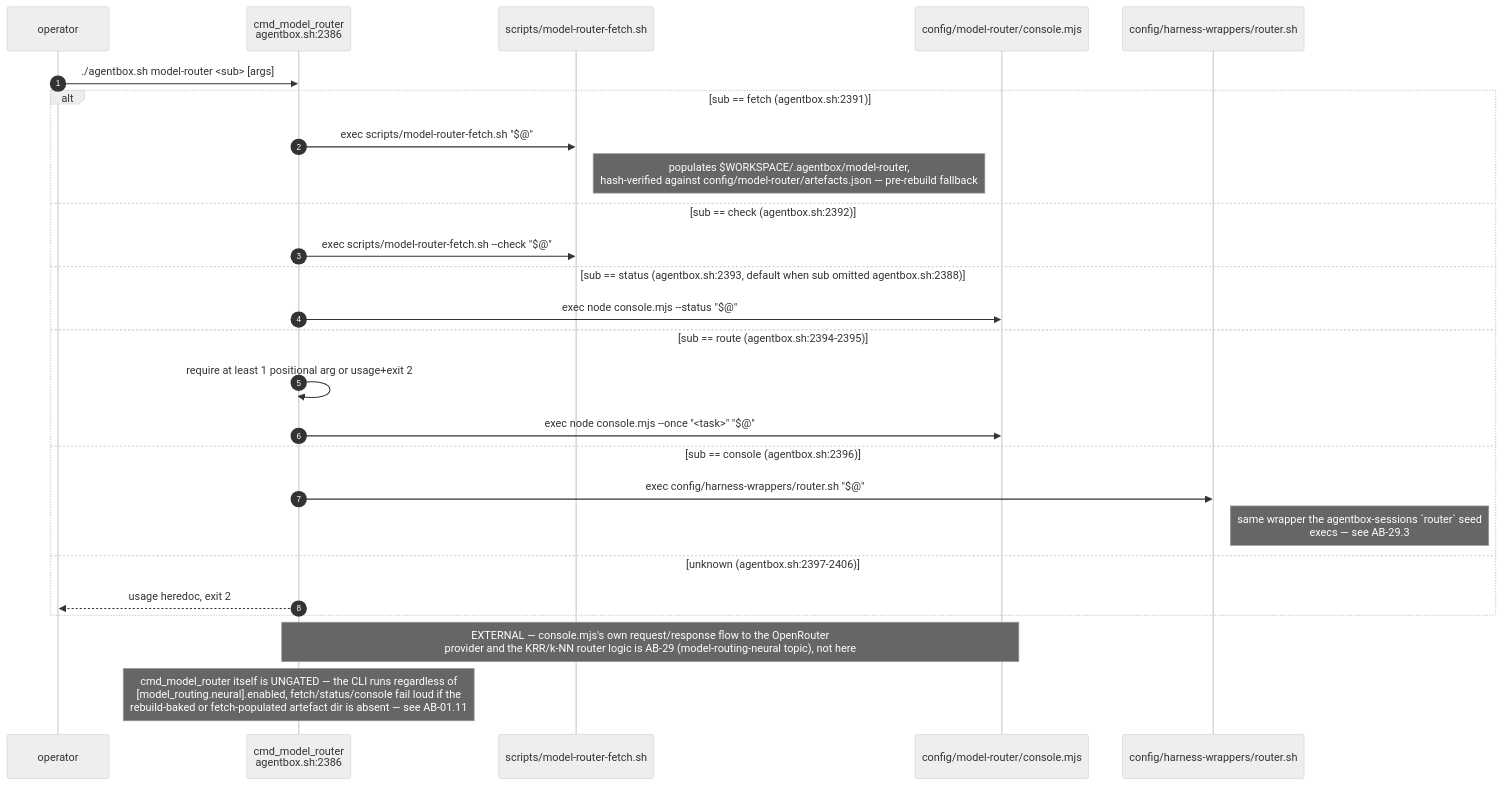
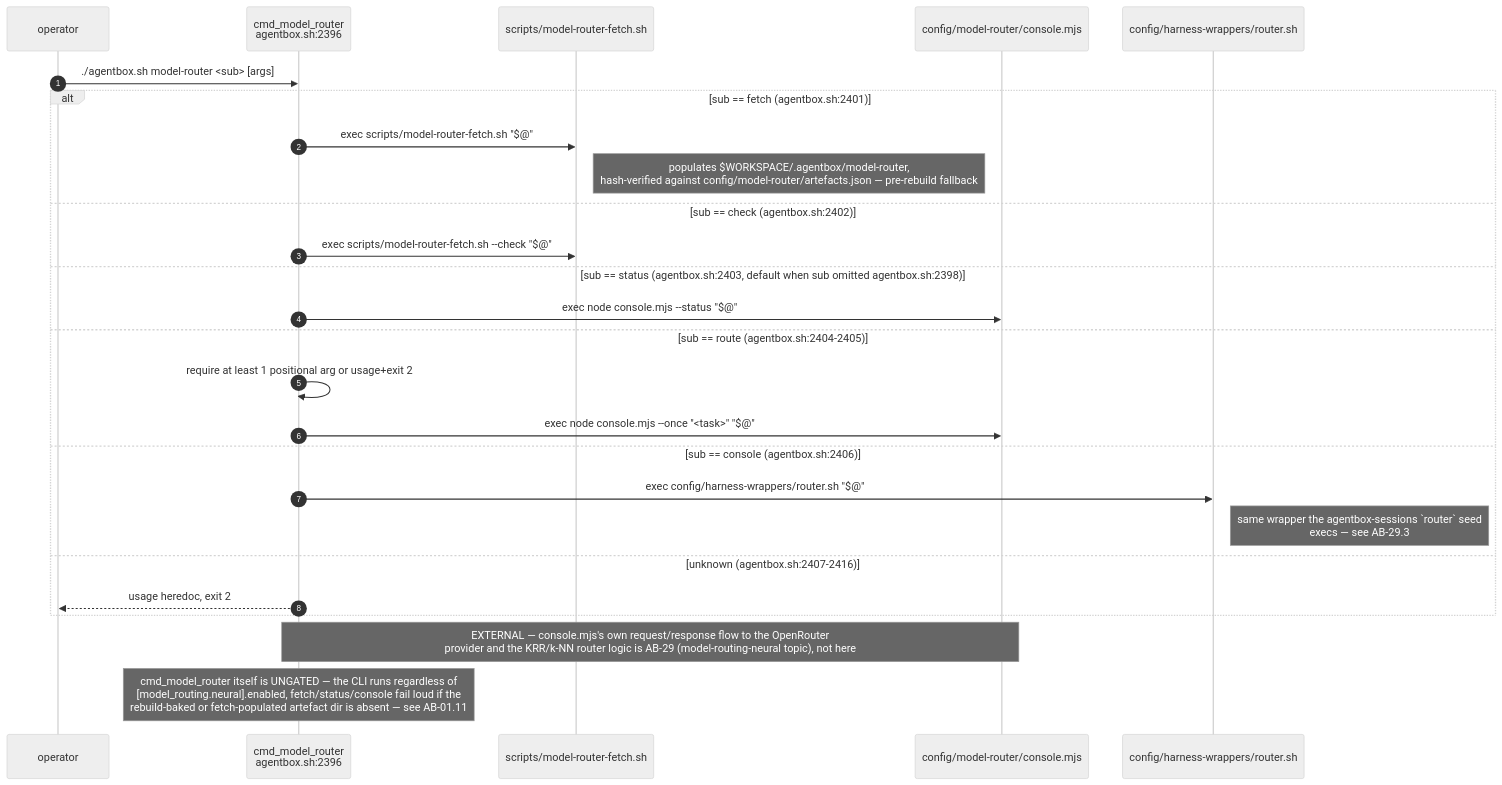
One commit to DreamLab-AI/VisionFlow changed diagram 11 of 16 in docs/diagrams/agentbox/05-manifest-gates-and-cli.md. Above: the diagram before and after it, drawn with Mermaid (neutral theme). The commit also changed other lines of this file, not shown here.

First line of the commit message:
diagrams(agentbox): re-verify AB-05 at agentbox 59b1aca

````diff
--- a/docs/diagrams/agentbox/05-manifest-gates-and-cli.md
+++ b/docs/diagrams/agentbox/05-manifest-gates-and-cli.md
@@ -360,30 +360,30 @@
 ```mermaid
 sequenceDiagram
     autonumber
     participant OP as operator
-    participant AB as cmd_model_router<br/>agentbox.sh:2386
+    participant AB as cmd_model_router<br/>agentbox.sh:2396
     participant FETCH as scripts/model-router-fetch.sh
     participant CONSOLE as config/model-router/console.mjs
     participant WRAP as config/harness-wrappers/router.sh
 
     OP->>AB: ./agentbox.sh model-router <sub> [args]
-    alt sub == fetch (agentbox.sh:2391)
+    alt sub == fetch (agentbox.sh:2401)
         AB->>FETCH: exec scripts/model-router-fetch.sh "$@"
         Note right of FETCH: populates $WORKSPACE/.agentbox/model-router,<br/>hash-verified against config/model-router/artefacts.json — pre-rebuild fallback
-    else sub == check (agentbox.sh:2392)
+    else sub == check (agentbox.sh:2402)
         AB->>FETCH: exec scripts/model-router-fetch.sh --check "$@"
-    else sub == status (agentbox.sh:2393, default when sub omitted agentbox.sh:2388)
+    else sub == status (agentbox.sh:2403, default when sub omitted agentbox.sh:2398)
         AB->>CONSOLE: exec node console.mjs --status "$@"
-    else sub == route (agentbox.sh:2394-2395)
+    else sub == route (agentbox.sh:2404-2405)
         AB->>AB: require at least 1 positional arg or usage+exit 2
         AB->>CONSOLE: exec node console.mjs --once "<task>" "$@"
-    else sub == console (agentbox.sh:2396)
+    else sub == console (agentbox.sh:2406)
         AB->>WRAP: exec config/harness-wrappers/router.sh "$@"
         Note right of WRAP: same wrapper the agentbox-sessions `router` seed<br/>execs — see AB-29.3
-    else unknown (agentbox.sh:2397-2406)
+    else unknown (agentbox.sh:2407-2416)
         AB-->>OP: usage heredoc, exit 2
     end
 
     Note over AB,CONSOLE: EXTERNAL — console.mjs's own request/response flow to the OpenRouter<br/>provider and the KRR/k-NN router logic is AB-29 (model-routing-neural topic), not here
     Note over AB: cmd_model_router itself is UNGATED — the CLI runs regardless of<br/>[model_routing.neural].enabled, fetch/status/console fail loud if the<br/>rebuild-baked or fetch-populated artefact dir is absent — see AB-01.11
 ```
````
